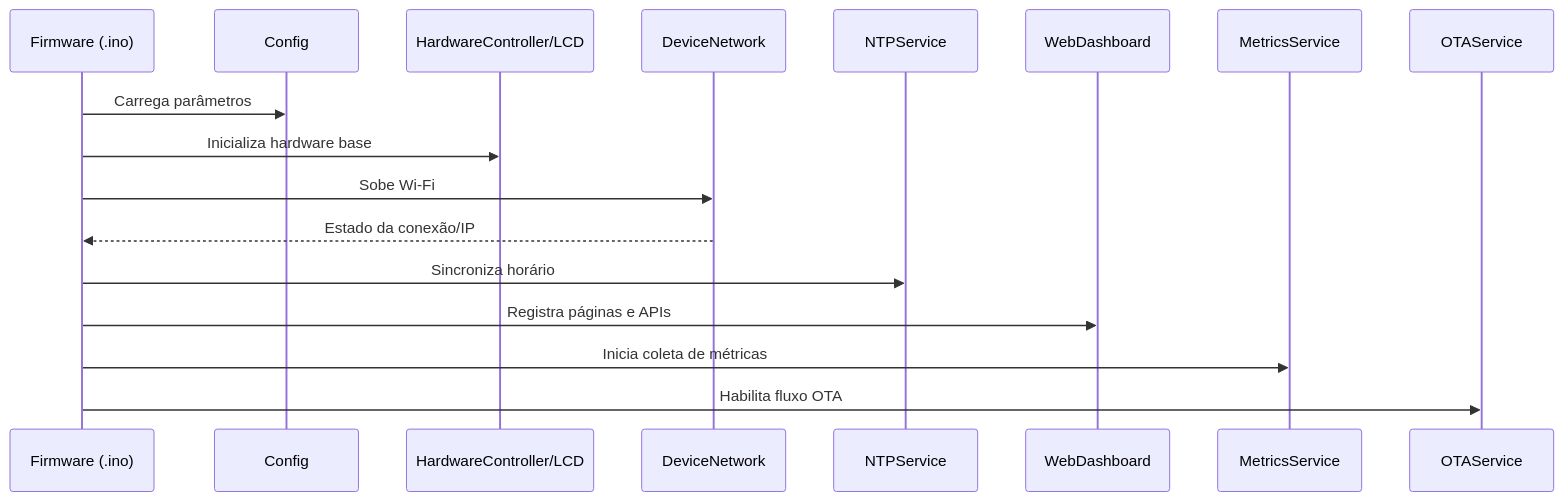
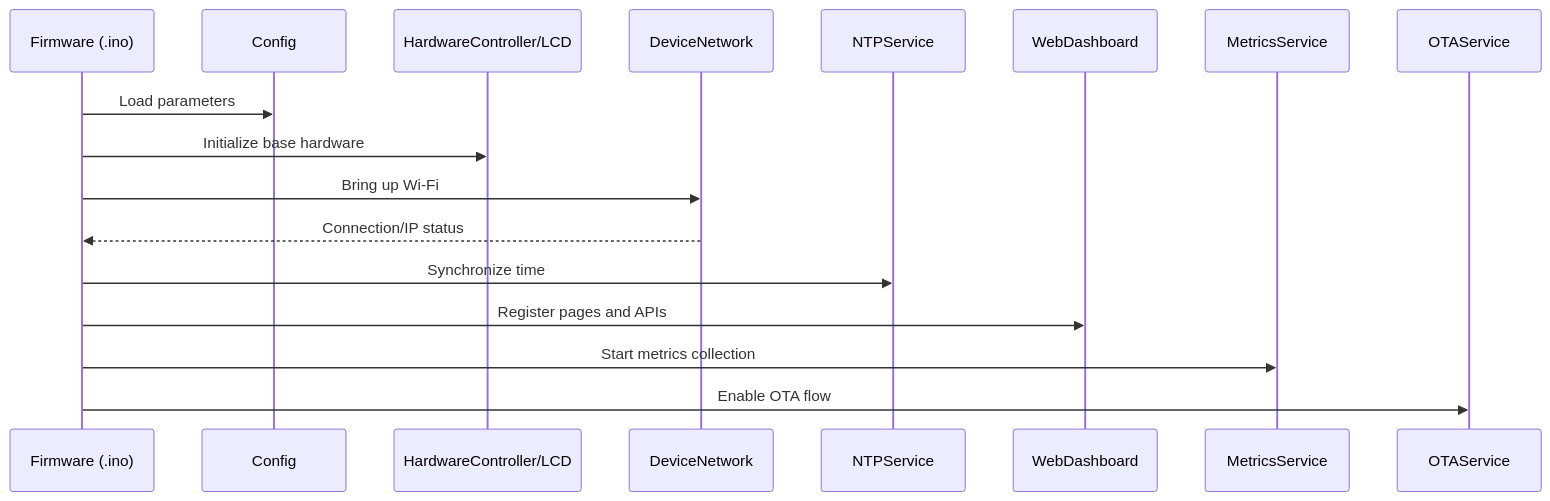
One commit to paulocfmarques-collab/M5NanoC6_wifi changed the second of 5 diagrams in README.md. Above: the diagram before and after it, drawn with Mermaid. The commit also changed other lines of this file, not shown here.

````diff
--- a/README.md
+++ b/README.md
@@ -74,20 +74,20 @@
 ```mermaid
 sequenceDiagram
     participant FW as Firmware (.ino)
     participant CFG as Config
     participant HW as HardwareController/LCD
     participant NET as DeviceNetwork
     participant NTP as NTPService
     participant WEB as WebDashboard
     participant MET as MetricsService
     participant OTA as OTAService
 
-    FW->>CFG: Carrega parâmetros
-    FW->>HW: Inicializa hardware base
-    FW->>NET: Sobe Wi-Fi
-    NET-->>FW: Estado da conexão/IP
-    FW->>NTP: Sincroniza horário
-    FW->>WEB: Registra páginas e APIs
-    FW->>MET: Inicia coleta de métricas
-    FW->>OTA: Habilita fluxo OTA
+    FW->>CFG: Load parameters
+    FW->>HW: Initialize base hardware
+    FW->>NET: Bring up Wi-Fi
+    NET-->>FW: Connection/IP status
+    FW->>NTP: Synchronize time
+    FW->>WEB: Register pages and APIs
+    FW->>MET: Start metrics collection
+    FW->>OTA: Enable OTA flow
 ```
````
